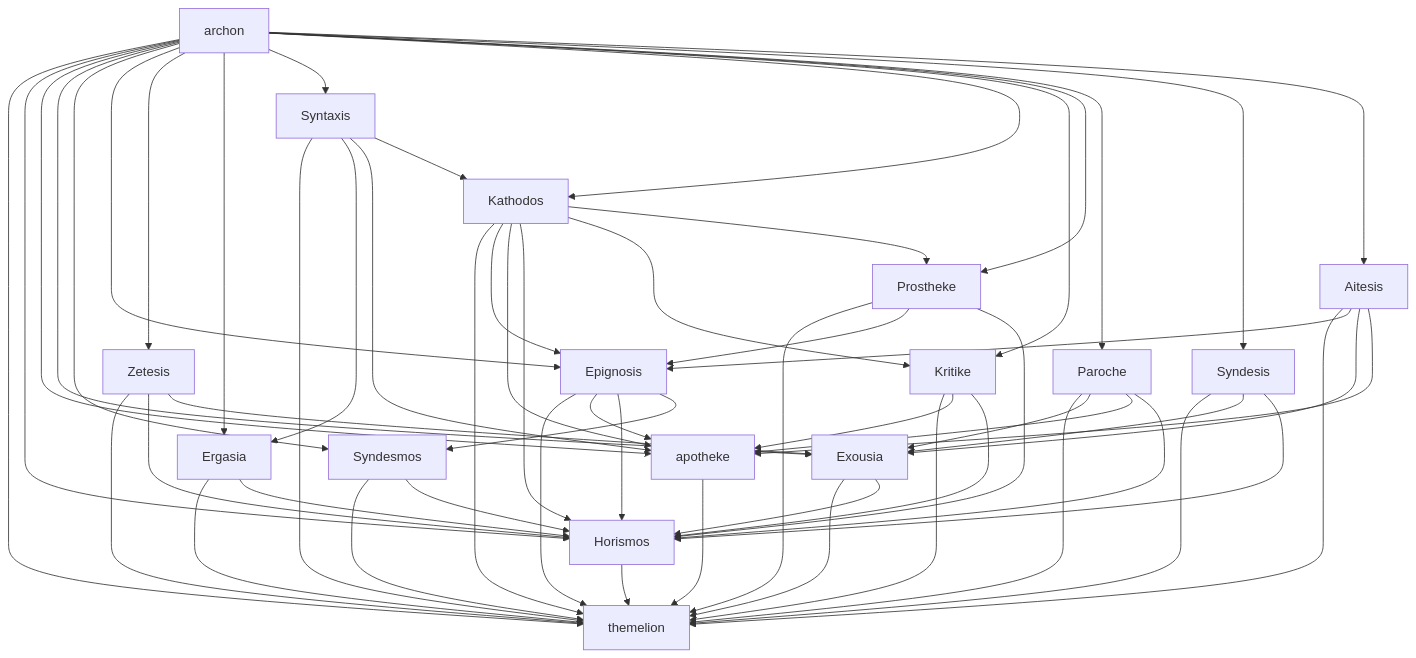
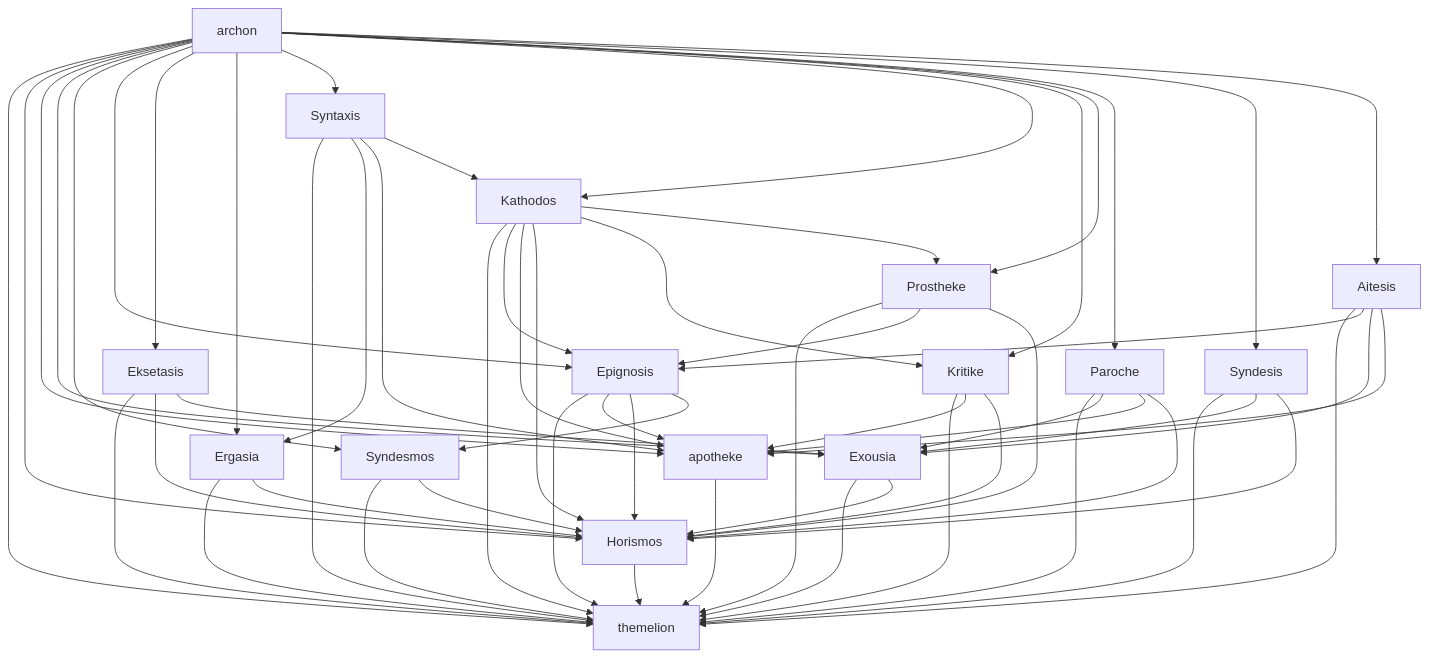
One commit to forkwright/harmonia changed the diagram in docs/architecture/cargo.md. Above: the diagram before and after it, drawn with Mermaid. The commit also changed other lines of this file and 63 other files, not shown here.

First line of the commit message:
chore(harmonia): rename crate zetesis -> eksetasis (kanon#2402) (#645)

```diff
--- a/docs/architecture/cargo.md
+++ b/docs/architecture/cargo.md
@@ -115,9 +115,9 @@
     Epignosis --> Syndesmos
 
     %% Acquisition pipeline
-    Zetesis --> HC
-    Zetesis --> Horismos
-    Zetesis --> Exousia
+    Eksetasis --> HC
+    Eksetasis --> Horismos
+    Eksetasis --> Exousia
 
     Ergasia --> HC
     Ergasia --> Horismos
@@ -169,7 +169,7 @@
     Host --> Exousia
     Host --> Syndesmos
     Host --> Epignosis
-    Host --> Zetesis
+    Host --> Eksetasis
     Host --> Ergasia
     Host --> Syntaxis
     Host --> Kathodos
```
